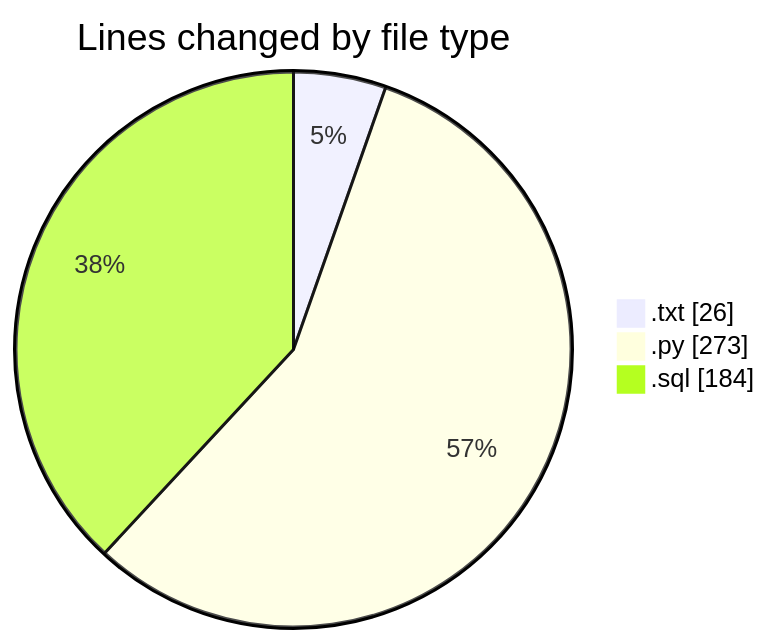
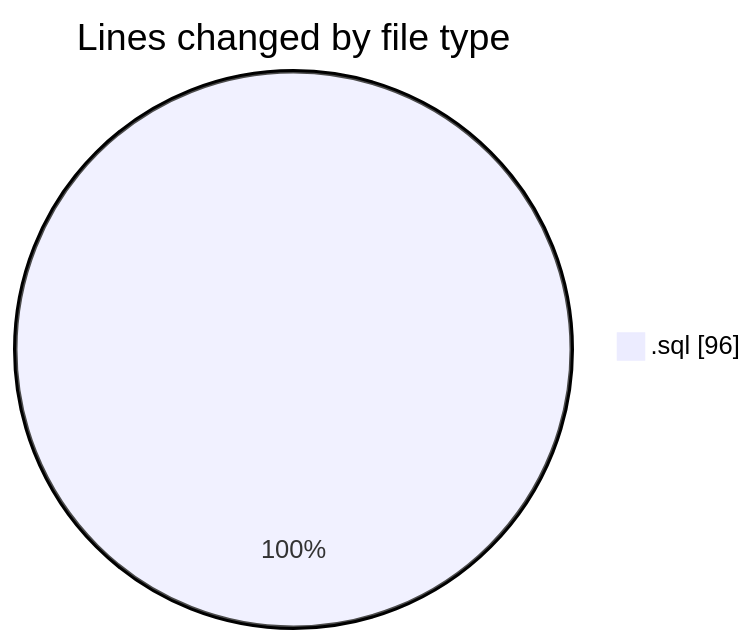
Before and after one commit to lephambinh05/code-tracking: the first of 2 diagrams in 2025-09-12/datanv/README.md, drawn with Mermaid. The commit also changed other lines of this file and 1 other file, not shown here.

````diff
--- a/2025-09-12/datanv/README.md
+++ b/2025-09-12/datanv/README.md
@@ -24,7 +20,5 @@
 ```mermaid
 pie showData
 title Lines changed by file type
-".txt" : 26
-".py" : 273
-".sql" : 184
+".sql" : 96
 ```
````
